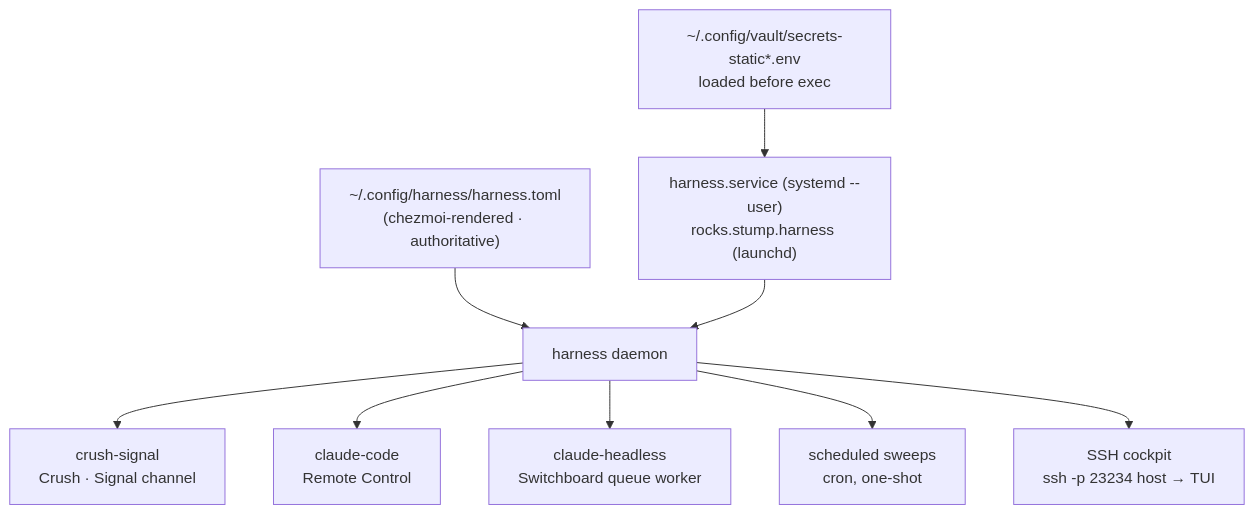
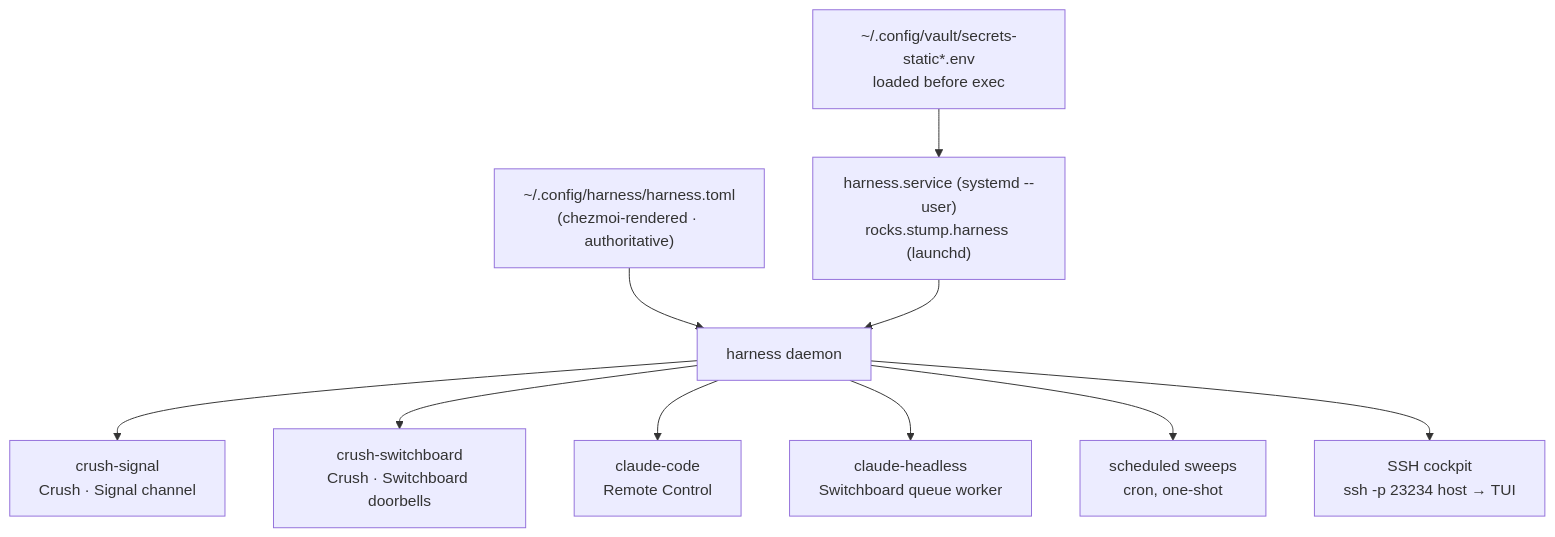
The diagram in website/docs/claude/harness.md (joestump/dotfiles), drawn with Mermaid before and after one commit. The commit also changed other lines of this file and 1 other file, not shown here.

First line of the commit message:
docs(harness): split Signal and Switchboard channel ownership

````diff
--- a/website/docs/claude/harness.md
+++ b/website/docs/claude/harness.md
@@ -17,14 +17,15 @@
 ```mermaid
 flowchart TD
     toml["~/.config/harness/harness.toml<br/>(chezmoi-rendered · authoritative)"]
     unit["harness.service (systemd --user)<br/>rocks.stump.harness (launchd)"]
     env["~/.config/vault/secrets-static*.env<br/>loaded before exec"]
     d["harness daemon"]
     toml --> d
     env --> unit --> d
     d --> a1["crush-signal<br/>Crush · Signal channel"]
+    d --> a1b["crush-switchboard<br/>Crush · Switchboard doorbells"]
     d --> a2["claude-code<br/>Remote Control"]
     d --> a3["claude-headless<br/>Switchboard queue worker"]
     d --> a4["scheduled sweeps<br/>cron, one-shot"]
     d --> ssh["SSH cockpit<br/>ssh -p 23234 host → TUI"]
 ```
````
